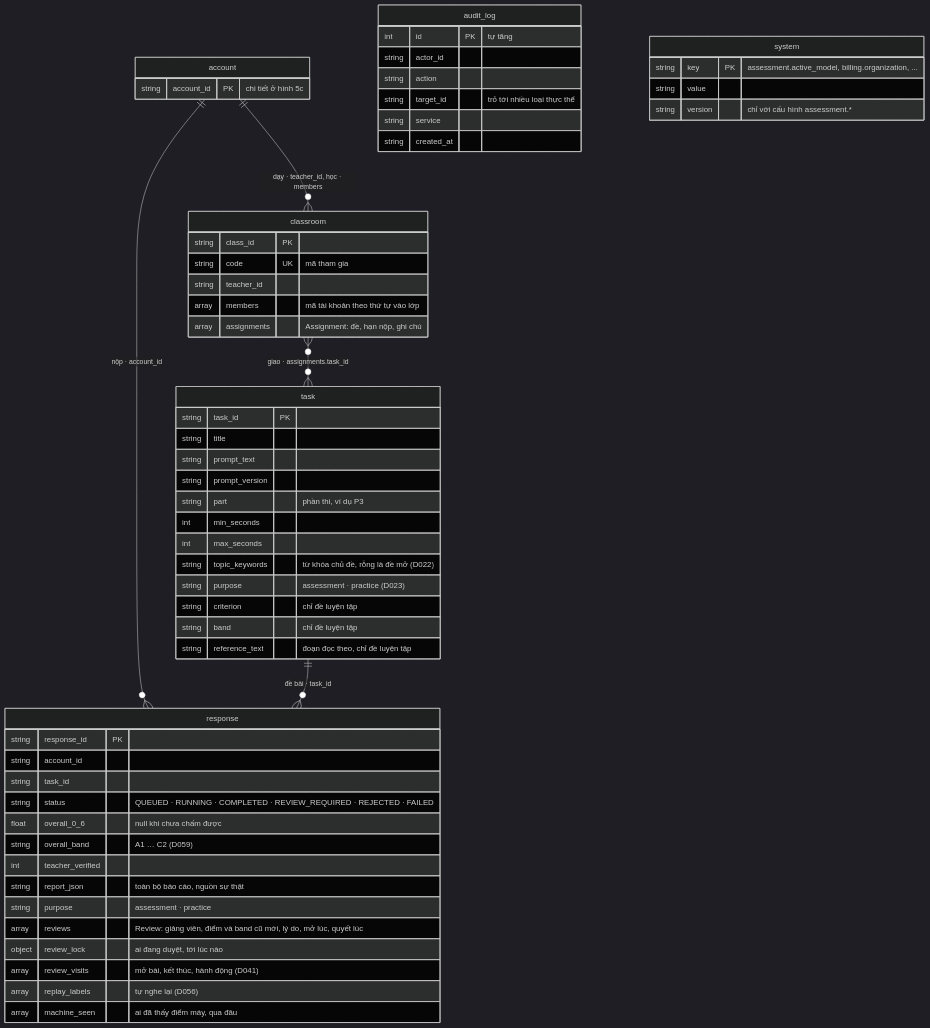
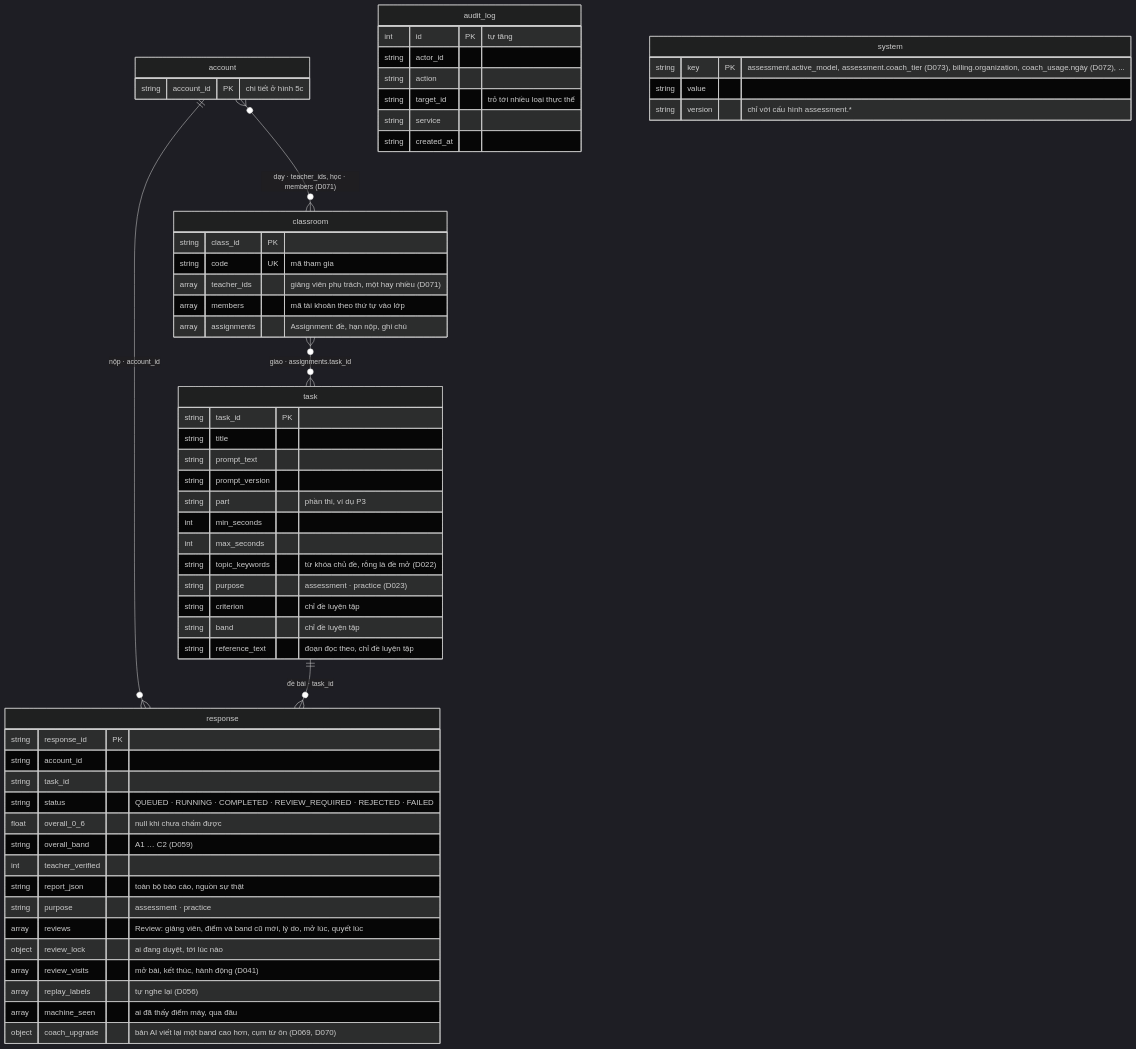
Before and after one commit to ThanhSangLouis/ai-assessor-cefr: the sixth of 12 diagrams in docs/sdd/SDD.md, drawn with Mermaid (dark theme). The commit also changed other lines of this file and 23 other files, not shown here.

First line of the commit message:
D074: học theo band – người học chọn band, giảng viên giao lộ trình theo nhóm (#106)

````diff
--- a/docs/sdd/SDD.md
+++ b/docs/sdd/SDD.md
@@ -978,71 +978,72 @@
 ```mermaid
 %% SDD - Diagram 05: ERD - phan cham diem va van hanh (MongoDB, database core)
 %% Sau D060 moi aggregate root cua so do lop la mot collection; phan hop thanh
 %% nam trong document cua goc, ghi bang truong kieu mang. Tach ba hinh cho ty le
 %% in A4: hinh 5c ve dinh danh, hinh 5d ve cham mu va thuc nghiem.
 %% Duong lien: tham chieu do ma giu (MongoDB khong ep khoa ngoai).
 erDiagram
     account ||--o{ response : "nộp · account_id"
     task ||--o{ response : "đề bài · task_id"
-    account ||--o{ classroom : "dạy · teacher_id, học · members"
+    account }o--o{ classroom : "dạy · teacher_ids, học · members (D071)"
     classroom }o--o{ task : "giao · assignments.task_id"
 
     account {
         string account_id PK "chi tiết ở hình 5c"
     }
 
     task {
         string task_id PK
         string title
         string prompt_text
         string prompt_version
         string part "phần thi, ví dụ P3"
         int min_seconds
         int max_seconds
         string topic_keywords "từ khóa chủ đề, rỗng là đề mở (D022)"
         string purpose "assessment · practice (D023)"
         string criterion "chỉ đề luyện tập"
         string band "chỉ đề luyện tập"
         string reference_text "đoạn đọc theo, chỉ đề luyện tập"
     }
 
     response {
         string response_id PK
         string account_id
         string task_id
         string status "QUEUED · RUNNING · COMPLETED · REVIEW_REQUIRED · REJECTED · FAILED"
         float overall_0_6 "null khi chưa chấm được"
         string overall_band "A1 … C2 (D059)"
         int teacher_verified
         string report_json "toàn bộ báo cáo, nguồn sự thật"
         string purpose "assessment · practice"
         array reviews "Review: giảng viên, điểm và band cũ mới, lý do, mở lúc, quyết lúc"
         object review_lock "ai đang duyệt, tới lúc nào"
         array review_visits "mở bài, kết thúc, hành động (D041)"
         array replay_labels "tự nghe lại (D056)"
         array machine_seen "ai đã thấy điểm máy, qua đâu"
+        object coach_upgrade "bản AI viết lại một band cao hơn, cụm từ ôn (D069, D070)"
     }
 
     classroom {
         string class_id PK
         string code UK "mã tham gia"
-        string teacher_id
+        array teacher_ids "giảng viên phụ trách, một hay nhiều (D071)"
         array members "mã tài khoản theo thứ tự vào lớp"
         array assignments "Assignment: đề, hạn nộp, ghi chú"
     }
 
     audit_log {
         int id PK "tự tăng"
         string actor_id
         string action
         string target_id "trỏ tới nhiều loại thực thể"
         string service
         string created_at
     }
 
     system {
-        string key PK "assessment.active_model, billing.organization, ..."
+        string key PK "assessment.active_model, assessment.coach_tier (D073), billing.organization, coach_usage.ngày (D072), ..."
         string value
         string version "chỉ với cấu hình assessment.*"
     }
 ```
````
